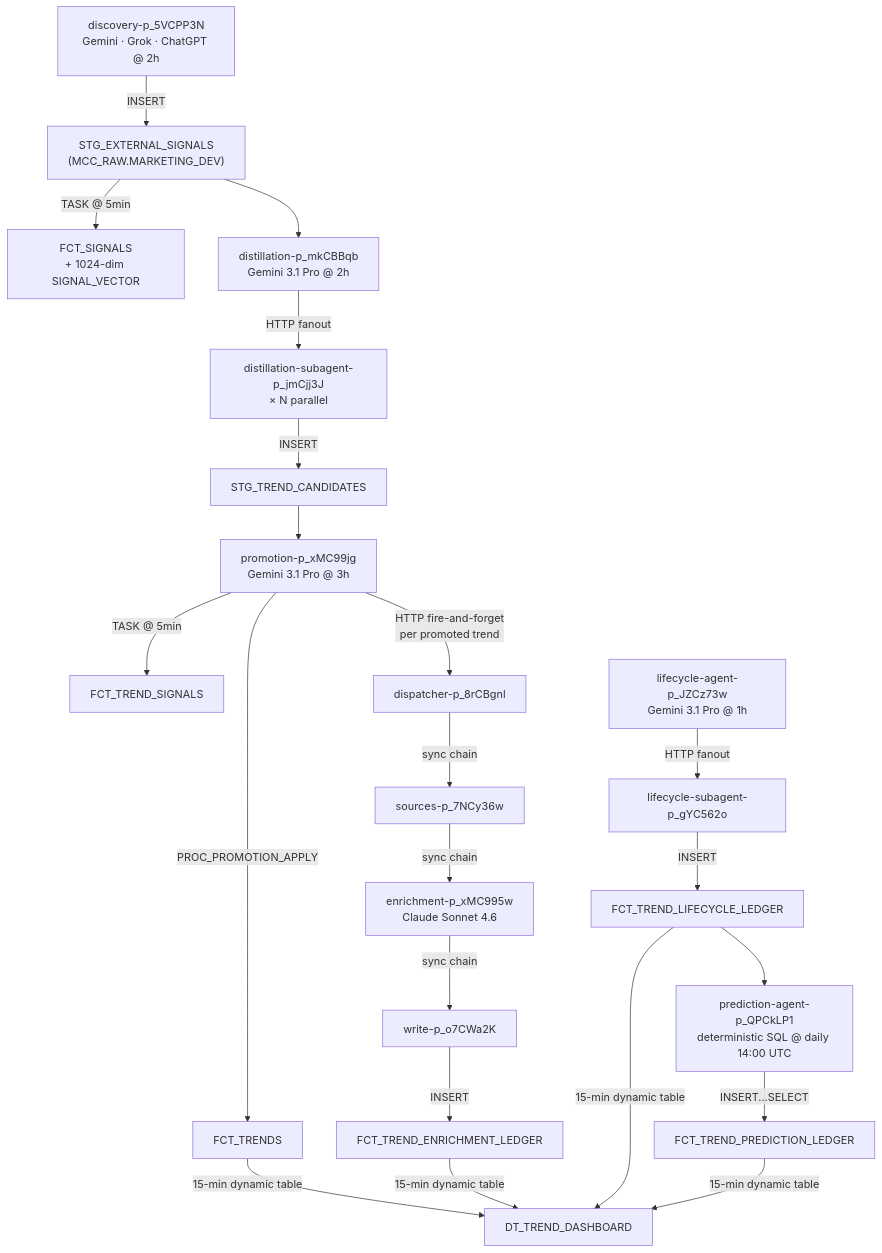
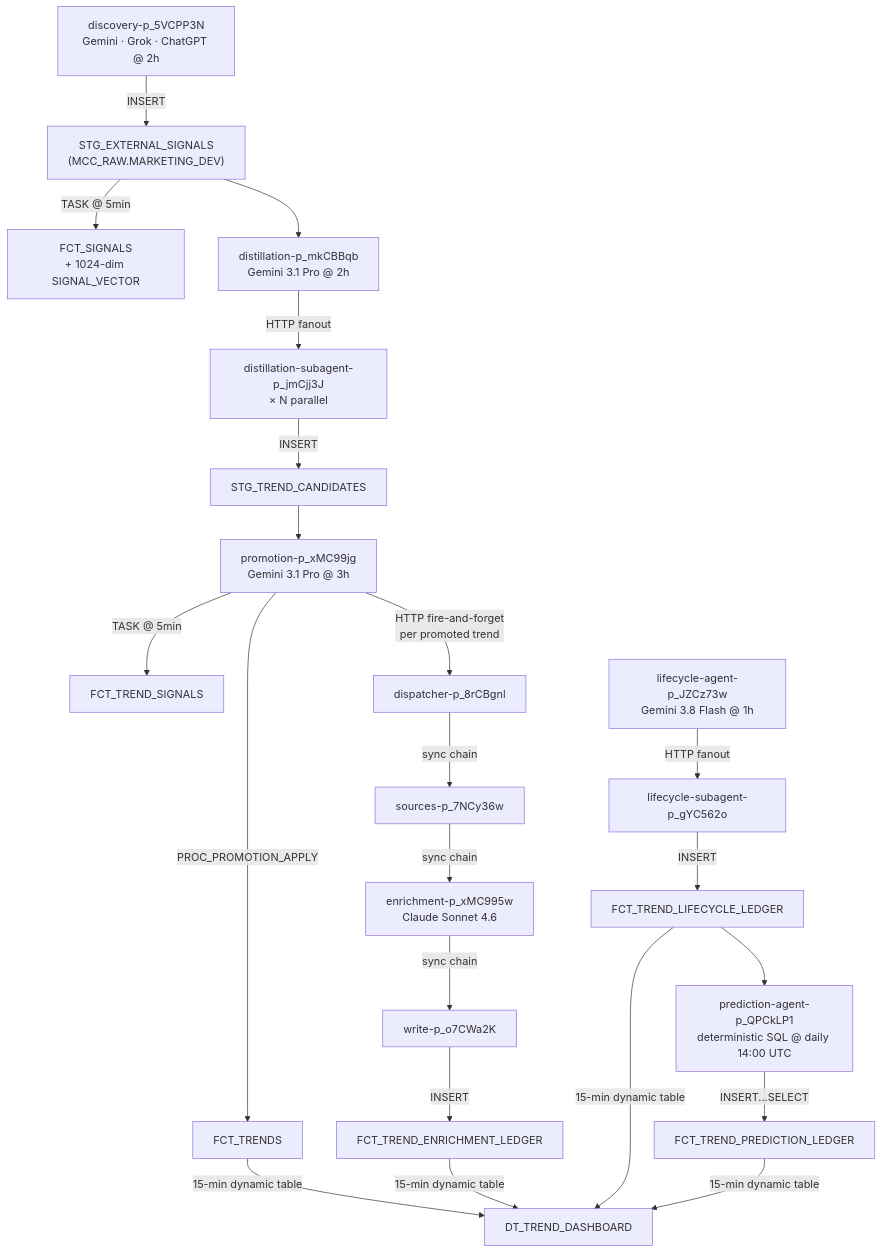
One commit to mjmena/Trend-Tree changed the diagram in docs/architecture.md. Above: the diagram before and after it, drawn with Mermaid. The commit also changed other lines of this file and 3 other files, not shown here.

First line of the commit message:
feat(CRMA-1676): lifecycle subagent runs on gemini-3.8-flash

````diff
--- a/docs/architecture.md
+++ b/docs/architecture.md
@@ -25,21 +25,21 @@
 ```mermaid
 flowchart TD
     A["discovery-p_5VCPP3N\nGemini · Grok · ChatGPT @ 2h"] -->|INSERT| B["STG_EXTERNAL_SIGNALS\n(MCC_RAW.MARKETING_DEV)"]
     B -->|"TASK @ 5min"| C["FCT_SIGNALS\n+ 1024-dim SIGNAL_VECTOR"]
     B --> D["distillation-p_mkCBBqb\nGemini 3.1 Pro @ 2h"]
     D -->|"HTTP fanout"| D2["distillation-subagent-p_jmCjj3J\n× N parallel"]
     D2 -->|INSERT| E["STG_TREND_CANDIDATES"]
     E --> F["promotion-p_xMC99jg\nGemini 3.1 Pro @ 3h"]
     F -->|"PROC_PROMOTION_APPLY"| G["FCT_TRENDS"]
     F -->|"TASK @ 5min"| G2["FCT_TREND_SIGNALS"]
     F -->|"HTTP fire-and-forget\nper promoted trend"| H["dispatcher-p_8rCBgnl"]
     H -->|sync chain| H1["sources-p_7NCy36w"]
     H1 -->|sync chain| H2["enrichment-p_xMC995w\nClaude Sonnet 4.6"]
     H2 -->|sync chain| H3["write-p_o7CWa2K"]
     H3 -->|INSERT| I["FCT_TREND_ENRICHMENT_LEDGER"]
-    J["lifecycle-agent-p_JZCz73w\nGemini 3.1 Pro @ 1h"] -->|"HTTP fanout"| J2["lifecycle-subagent-p_gYC562o"]
+    J["lifecycle-agent-p_JZCz73w\nGemini 3.8 Flash @ 1h"] -->|"HTTP fanout"| J2["lifecycle-subagent-p_gYC562o"]
     J2 -->|INSERT| K["FCT_TREND_LIFECYCLE_LEDGER"]
     P["prediction-agent-p_QPCkLP1\ndeterministic SQL @ daily 14:00 UTC"] -->|"INSERT...SELECT"| P2["FCT_TREND_PREDICTION_LEDGER"]
     K --> P
     G & I & K & P2 -->|"15-min dynamic table"| L["DT_TREND_DASHBOARD"]
 ```
````
